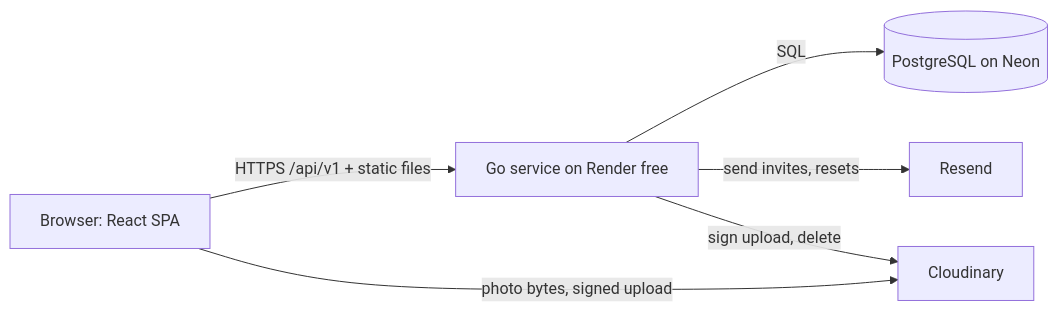
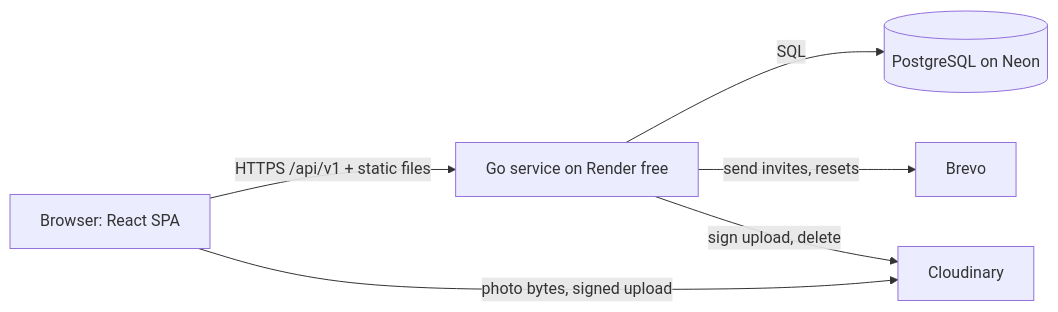
Before and after one commit to BarbieriM/MiniManager: the first of 2 diagrams in docs/plan.md, drawn with Mermaid. The commit also changed other lines of this file and 5 other files, not shown here.

````diff
--- a/docs/plan.md
+++ b/docs/plan.md
@@ -105,8 +105,8 @@
 ```mermaid
 flowchart LR
   B[Browser: React SPA] -->|HTTPS /api/v1 + static files| G[Go service on Render free]
   G -->|SQL| N[(PostgreSQL on Neon)]
-  G -->|send invites, resets| R[Resend]
+  G -->|send invites, resets| R[Brevo]
   G -->|sign upload, delete| C[Cloudinary]
   B -->|photo bytes, signed upload| C
 ```
````
